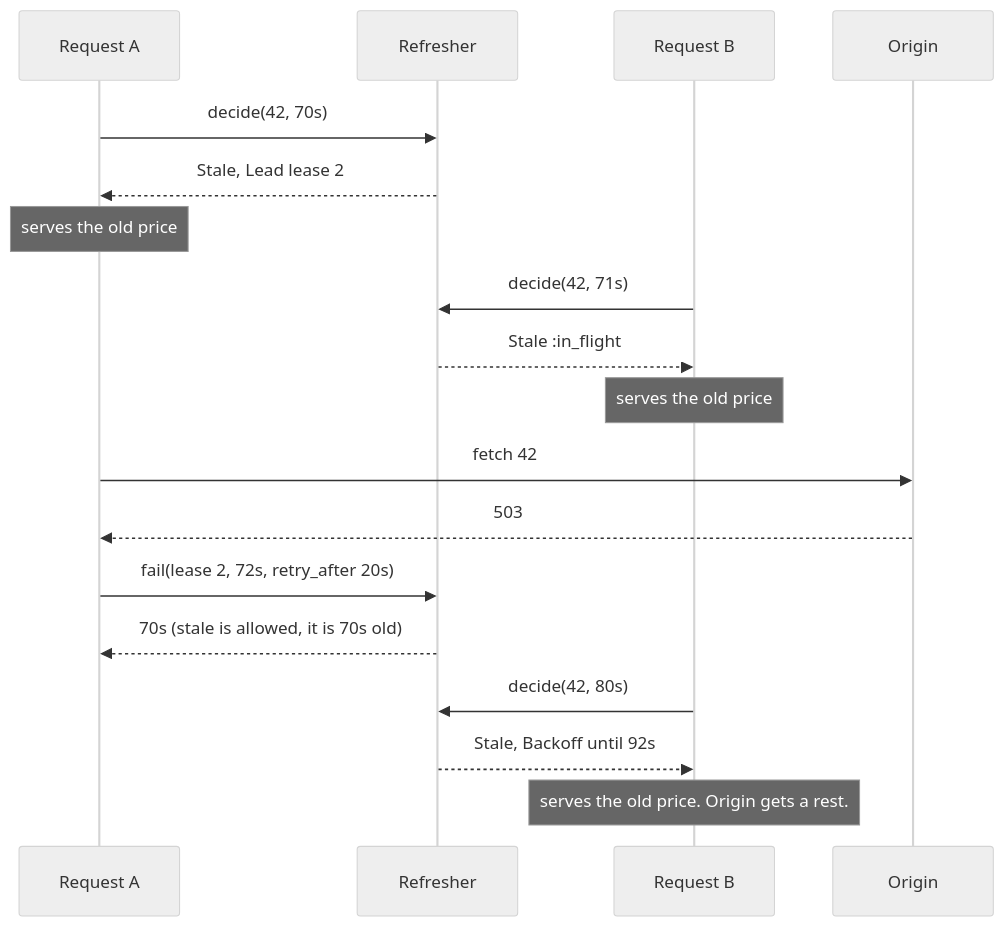
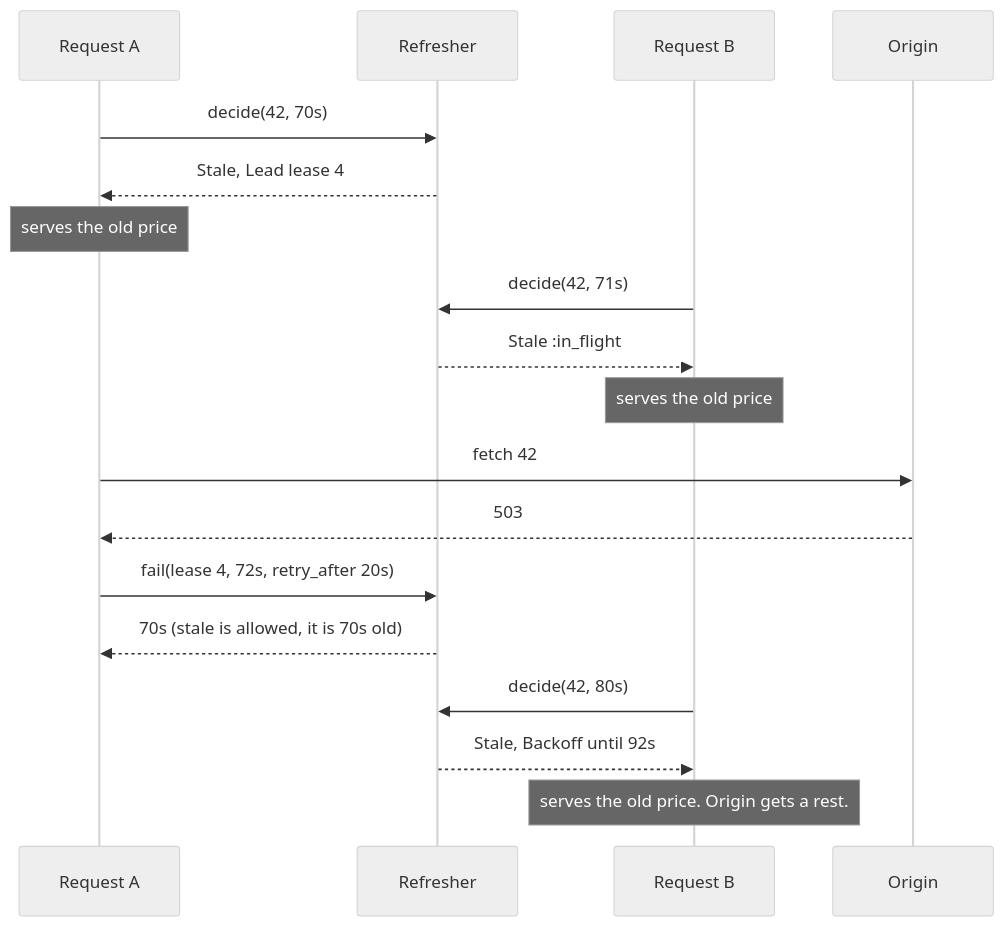
The third of 3 diagrams in README.md (seuros/refresh_machines), drawn with Mermaid (neutral theme) before and after one commit. The commit also changed other lines of this file and 19 other files, not shown here.

First line of the commit message:
feat!: scope ids through periscope-machines and draw leases from the coalescer's sequence; add resumed and issued

````diff
--- a/README.md
+++ b/README.md
@@ -112,21 +112,21 @@
 ```mermaid
 sequenceDiagram
     participant A as Request A
     participant R as Refresher
     participant B as Request B
     participant O as Origin
 
     A->>R: decide(42, 70s)
-    R-->>A: Stale, Lead lease 2
+    R-->>A: Stale, Lead lease 4
     Note over A: serves the old price
     B->>R: decide(42, 71s)
     R-->>B: Stale :in_flight
     Note over B: serves the old price
     A->>O: fetch 42
     O-->>A: 503
-    A->>R: fail(lease 2, 72s, retry_after 20s)
+    A->>R: fail(lease 4, 72s, retry_after 20s)
     R-->>A: 70s (stale is allowed, it is 70s old)
     B->>R: decide(42, 80s)
     R-->>B: Stale, Backoff until 92s
     Note over B: serves the old price. Origin gets a rest.
 ```
````
